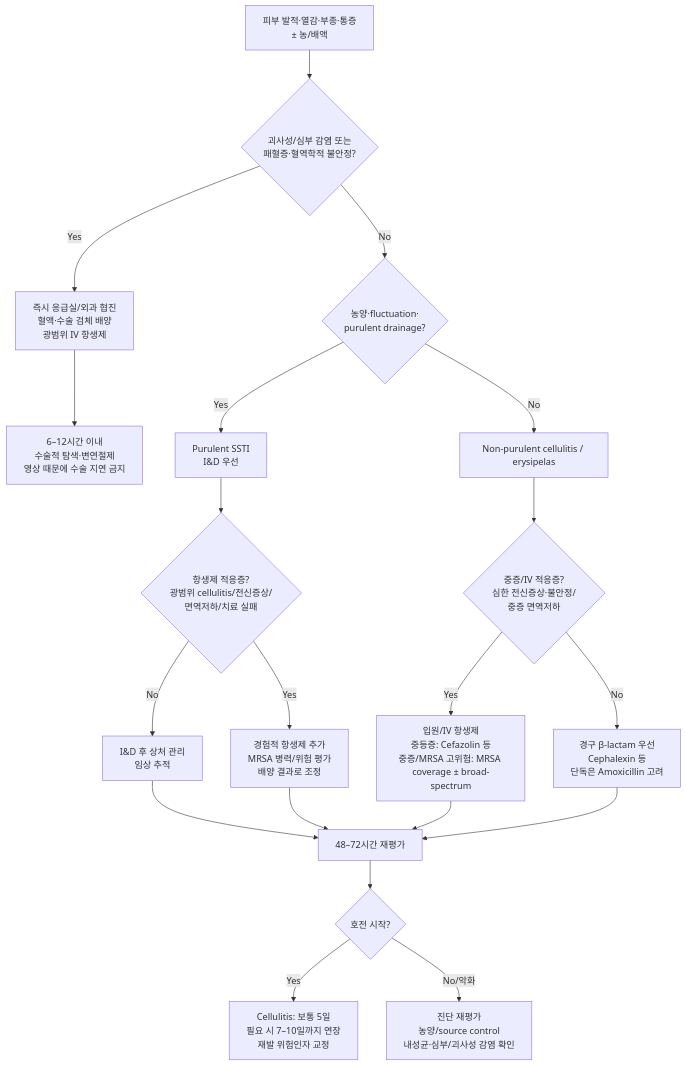
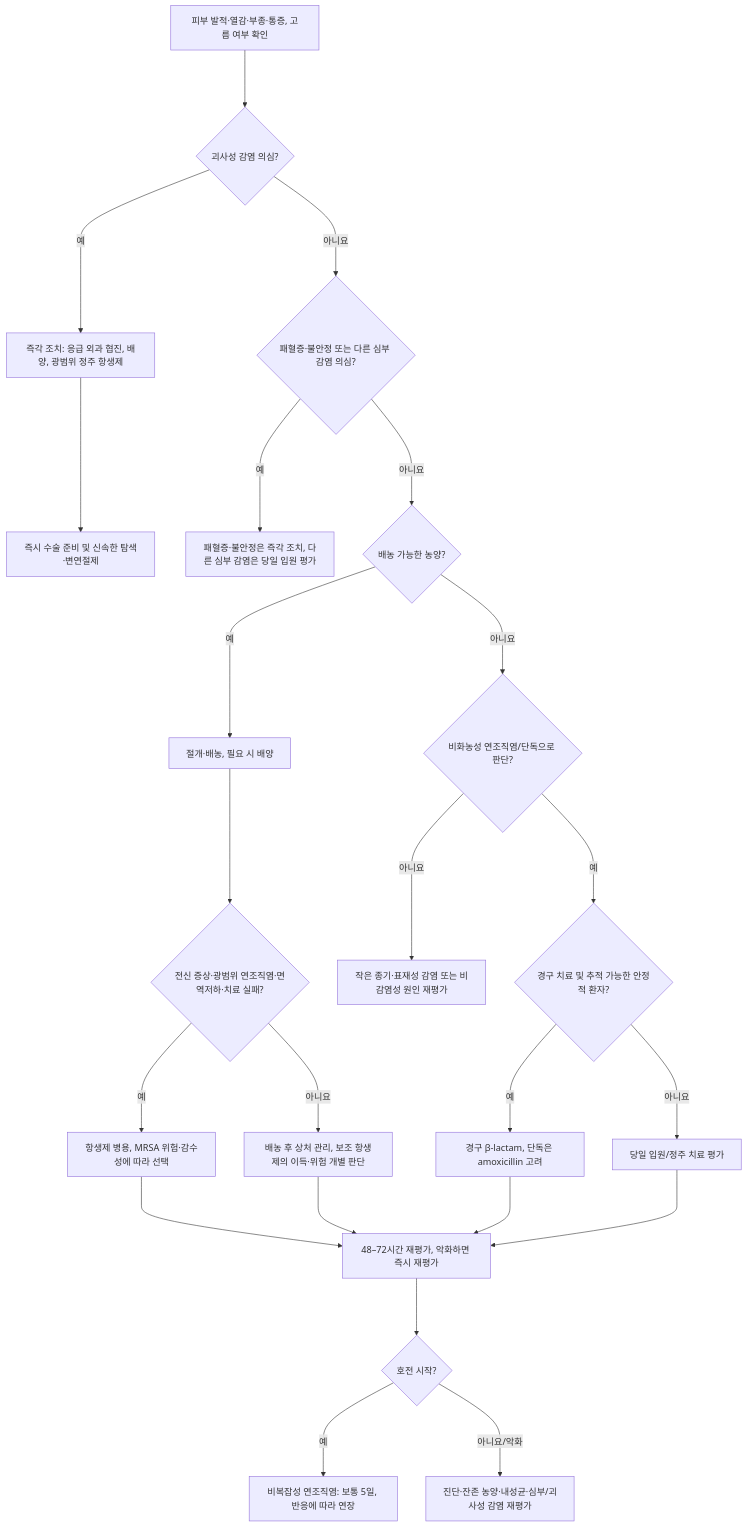
Before and after one commit to familyoh77/familyoh77: the diagram in 229_/165_-skin-and-soft-tissue-infection.md, drawn with Mermaid. The commit also changed other lines of this file and 10 other files, not shown here.

````diff
--- a/229_/165_-skin-and-soft-tissue-infection.md
+++ b/229_/165_-skin-and-soft-tissue-infection.md
@@ -172,28 +181,25 @@
 ```mermaid
 flowchart TD
-    A["피부 발적·열감·부종·통증<br/>± 농/배액"] --> B{"괴사성/심부 감염 또는<br/>패혈증·혈역학적 불안정?"}
-
-    B -- "Yes" --> C["즉시 응급실/외과 협진<br/>혈액·수술 검체 배양<br/>광범위 IV 항생제"]
-    C --> D["6–12시간 이내<br/>수술적 탐색·변연절제<br/>영상 때문에 수술 지연 금지"]
-
-    B -- "No" --> E{"농양·fluctuation·<br/>purulent drainage?"}
-
-    E -- "Yes" --> F["Purulent SSTI<br/>I&D 우선"]
-    F --> G{"항생제 적응증?<br/>광범위 cellulitis/전신증상/<br/>면역저하/치료 실패"}
-    G -- "No" --> H["I&D 후 상처 관리<br/>임상 추적"]
-    G -- "Yes" --> I["경험적 항생제 추가<br/>MRSA 병력/위험 평가<br/>배양 결과로 조정"]
-
-    E -- "No" --> J["Non-purulent cellulitis / erysipelas"]
-    J --> K{"중증/IV 적응증?<br/>심한 전신증상·불안정/<br/>중증 면역저하"}
-    K -- "Yes" --> L["입원/IV 항생제<br/>중등증: Cefazolin 등<br/>중증/MRSA 고위험: MRSA coverage ± broad-spectrum"]
-    K -- "No" --> M["경구 β-lactam 우선<br/>Cephalexin 등<br/>단독은 Amoxicillin 고려"]
-
-    H --> N["48–72시간 재평가"]
-    I --> N
-    L --> N
-    M --> N
-
-    N --> O{"호전 시작?"}
-    O -- "Yes" --> P["Cellulitis: 보통 5일<br/>필요 시 7–10일까지 연장<br/>재발 위험인자 교정"]
-    O -- "No/악화" --> Q["진단 재평가<br/>농양/source control<br/>내성균·심부/괴사성 감염 확인"]
+    A["피부 발적·열감·부종·통증, 고름 여부 확인"] ---> B{"괴사성 감염 의심?"}
+    B -- "예" ---> C["즉각 조치: 응급 외과 협진, 배양, 광범위 정주 항생제"]
+    C ---> D["즉시 수술 준비 및 신속한 탐색·변연절제"]
+    B -- "아니요" ---> E{"패혈증·불안정 또는 다른 심부 감염 의심?"}
+    E -- "예" ---> F["패혈증·불안정은 즉각 조치, 다른 심부 감염은 당일 입원 평가"]
+    E -- "아니요" ---> G{"배농 가능한 농양?"}
+    G -- "예" ---> H["절개·배농, 필요 시 배양"]
+    H ---> I{"전신 증상·광범위 연조직염·면역저하·치료 실패?"}
+    I -- "예" ---> J["항생제 병용, MRSA 위험·감수성에 따라 선택"]
+    I -- "아니요" ---> K["배농 후 상처 관리, 보조 항생제의 이득·위험 개별 판단"]
+    G -- "아니요" ---> L{"비화농성 연조직염/단독으로 판단?"}
+    L -- "아니요" ---> M["작은 종기·표재성 감염 또는 비감염성 원인 재평가"]
+    L -- "예" ---> N{"경구 치료 및 추적 가능한 안정적 환자?"}
+    N -- "예" ---> O["경구 β-lactam, 단독은 amoxicillin 고려"]
+    N -- "아니요" ---> P["당일 입원/정주 치료 평가"]
+    J ---> Q["48–72시간 재평가, 악화하면 즉시 재평가"]
+    K ---> Q
+    O ---> Q
+    P ---> Q
+    Q ---> R{"호전 시작?"}
+    R -- "예" ---> S["비복잡성 연조직염: 보통 5일, 반응에 따라 연장"]
+    R -- "아니요/악화" ---> T["진단·잔존 농양·내성균·심부/괴사성 감염 재평가"]
 ```
````
